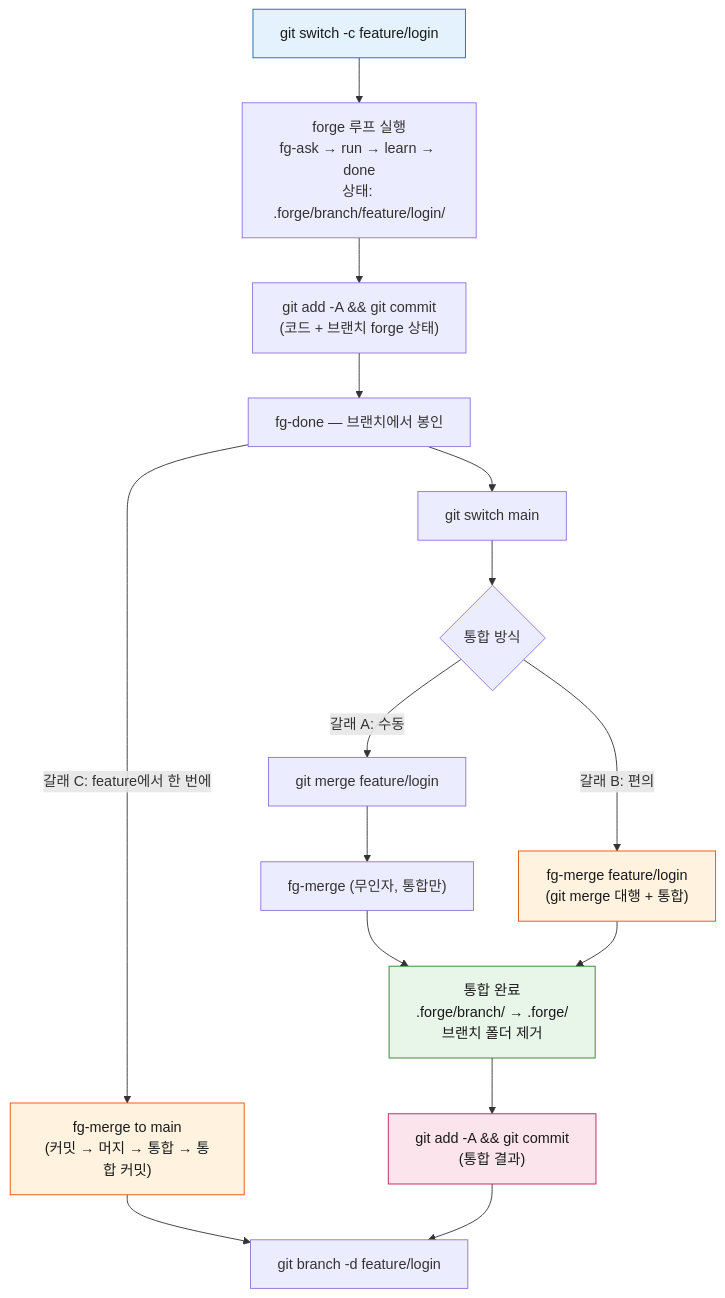
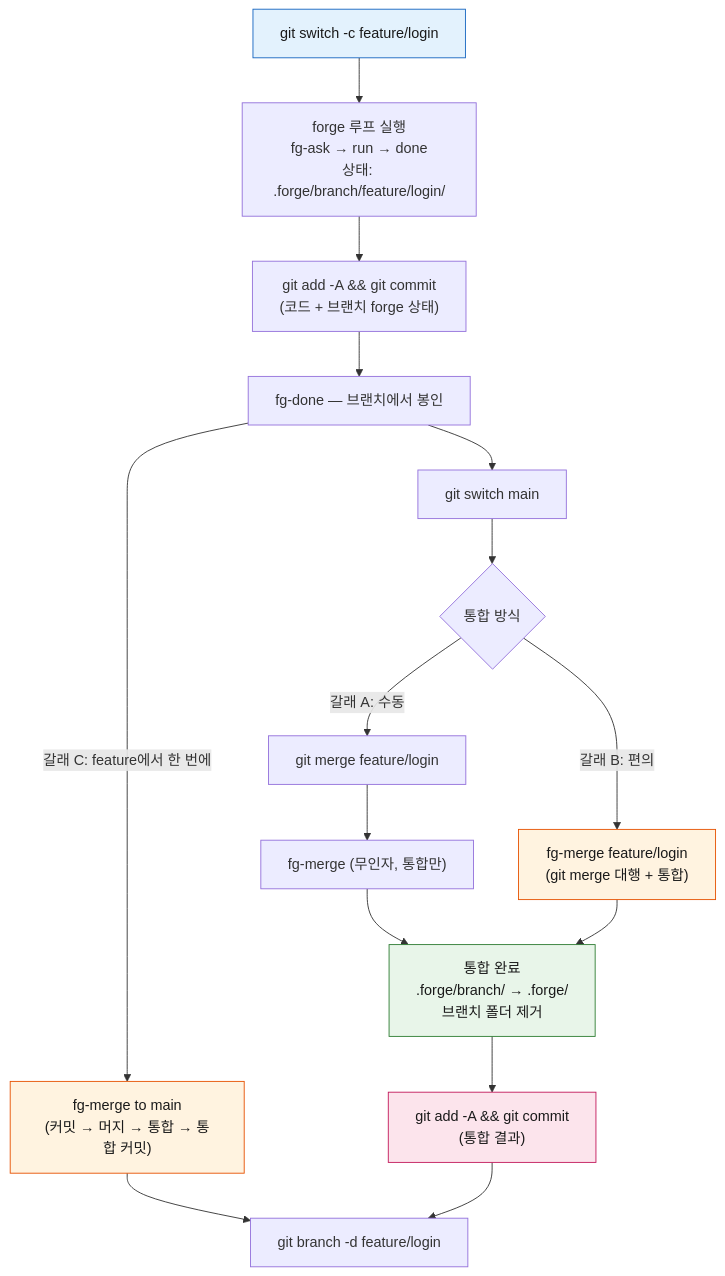
One commit to gyuha/forge changed the diagram in docs/git-workflow.md. Above: the diagram before and after it, drawn with Mermaid. The commit also changed other lines of this file and 77 other files, not shown here.

````diff
--- a/docs/git-workflow.md
+++ b/docs/git-workflow.md
@@ -126,23 +126,23 @@
 ```mermaid
 flowchart TD
-    A["git switch -c feature/login"] --> B["forge 루프 실행<br/>fg-ask → run → learn → done<br/>상태: .forge/branch/feature/login/"]
+    A["git switch -c feature/login"] --> B["forge 루프 실행<br/>fg-ask → run → done<br/>상태: .forge/branch/feature/login/"]
     B --> C["git add -A && git commit<br/>(코드 + 브랜치 forge 상태)"]
     C --> D["fg-done — 브랜치에서 봉인"]
     D --> E["git switch main"]
     E --> F{"통합 방식"}
     F -->|"갈래 A: 수동"| G["git merge feature/login"]
     G --> H["fg-merge (무인자, 통합만)"]
     F -->|"갈래 B: 편의"| I["fg-merge feature/login<br/>(git merge 대행 + 통합)"]
     D -->|"갈래 C: feature에서 한 번에"| M["fg-merge to main<br/>(커밋 → 머지 → 통합 → 통합 커밋)"]
     M --> L
     H --> J["통합 완료<br/>.forge/branch/ → .forge/<br/>브랜치 폴더 제거"]
     I --> J
     J --> K["git add -A && git commit<br/>(통합 결과)"]
     K --> L["git branch -d feature/login"]
 
     style A fill:#e3f2fd,stroke:#1565c0,color:#1a1a1a
     style I fill:#fff3e0,stroke:#e65100,color:#1a1a1a
     style M fill:#fff3e0,stroke:#e65100,color:#1a1a1a
     style J fill:#e8f5e9,stroke:#2e7d32,color:#1a1a1a
     style K fill:#fce4ec,stroke:#c2185b,color:#1a1a1a
 ```
````
